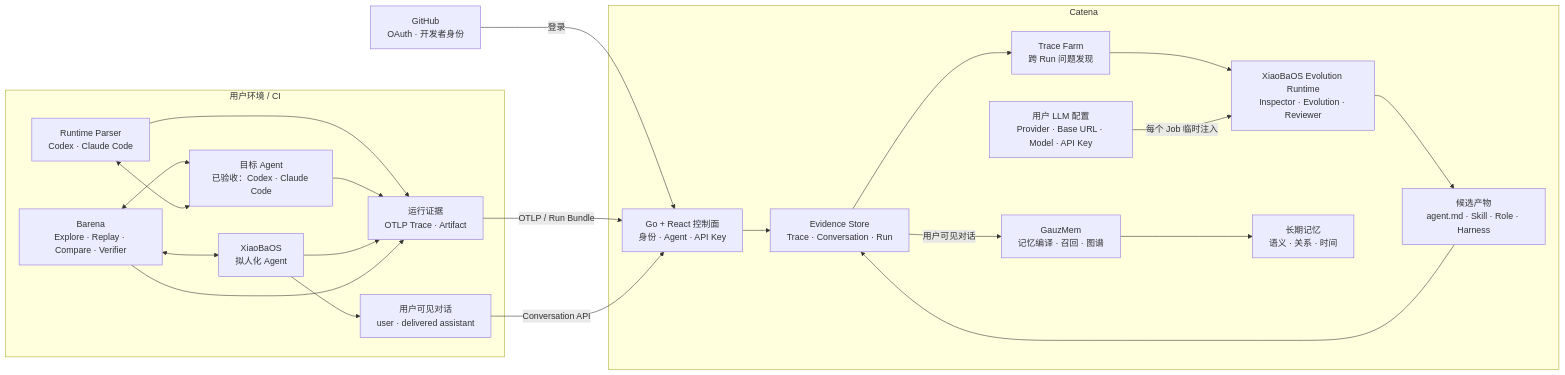
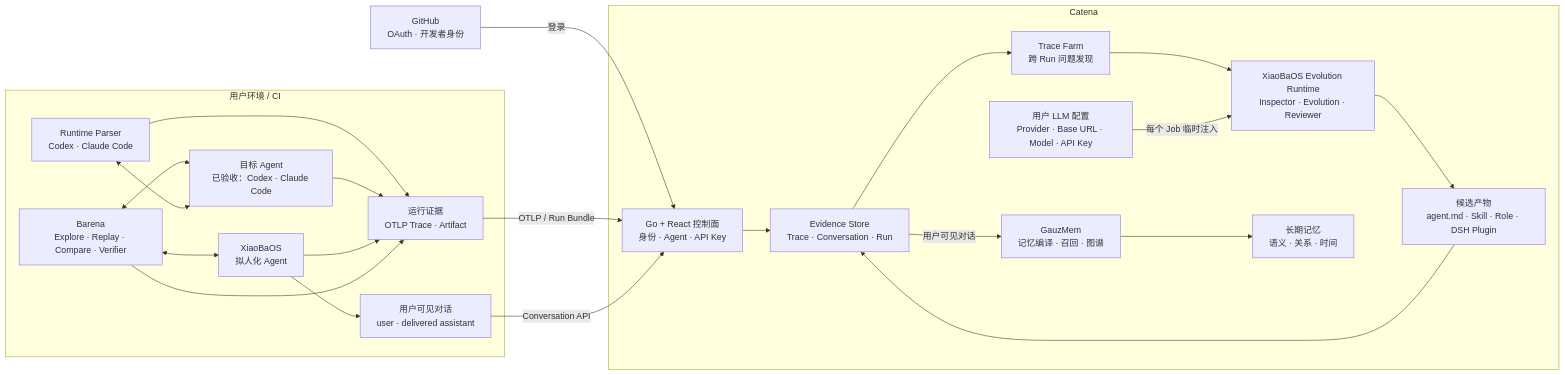
The diagram in README.md (fightheyyy/CATENA), drawn with Mermaid before and after one commit. The commit also changed other lines of this file and 17 other files, not shown here.

````diff
--- a/README.md
+++ b/README.md
@@ -34,42 +34,42 @@
 ```mermaid
 flowchart LR
     GitHub["GitHub<br/>OAuth · 开发者身份"] -->|"登录"| Core
 
     subgraph Edge["用户环境 / CI"]
         Tap["Runtime Parser<br/>Codex · Claude Code"]
         Agent["目标 Agent<br/>已验收：Codex · Claude Code"]
         XiaoBa["XiaoBaOS<br/>拟人化 Agent"]
         Barena["Barena<br/>Explore · Replay · Compare · Verifier"]
         Trace["运行证据<br/>OTLP Trace · Artifact"]
         Conversation["用户可见对话<br/>user · delivered assistant"]
 
         Barena <--> Agent
         Barena <--> XiaoBa
         Tap <--> Agent
         Tap --> Trace
         Agent --> Trace
         XiaoBa --> Trace
         XiaoBa --> Conversation
         Barena --> Trace
     end
 
     subgraph Cloud["Catena"]
         Core["Go + React 控制面<br/>身份 · Agent · API Key"]
         OwnerModel["用户 LLM 配置<br/>Provider · Base URL · Model · API Key"]
         Facts["Evidence Store<br/>Trace · Conversation · Run"]
         Farm["Trace Farm<br/>跨 Run 问题发现"]
         Runtime["XiaoBaOS Evolution Runtime<br/>Inspector · Evolution · Reviewer"]
-        Assets["候选产物<br/>agent.md · Skill · Role · Harness"]
+        Assets["候选产物<br/>agent.md · Skill · Role · DSH Plugin"]
         GauzMem["GauzMem<br/>记忆编译 · 召回 · 图谱"]
         Memories["长期记忆<br/>语义 · 关系 · 时间"]
 
         Core --> Facts
         Facts --> Farm --> Runtime --> Assets
         OwnerModel -->|"每个 Job 临时注入"| Runtime
         Facts -->|"用户可见对话"| GauzMem --> Memories
         Assets --> Facts
     end
 
     Trace -->|"OTLP / Run Bundle"| Core
     Conversation -->|"Conversation API"| Core
 ```
````
